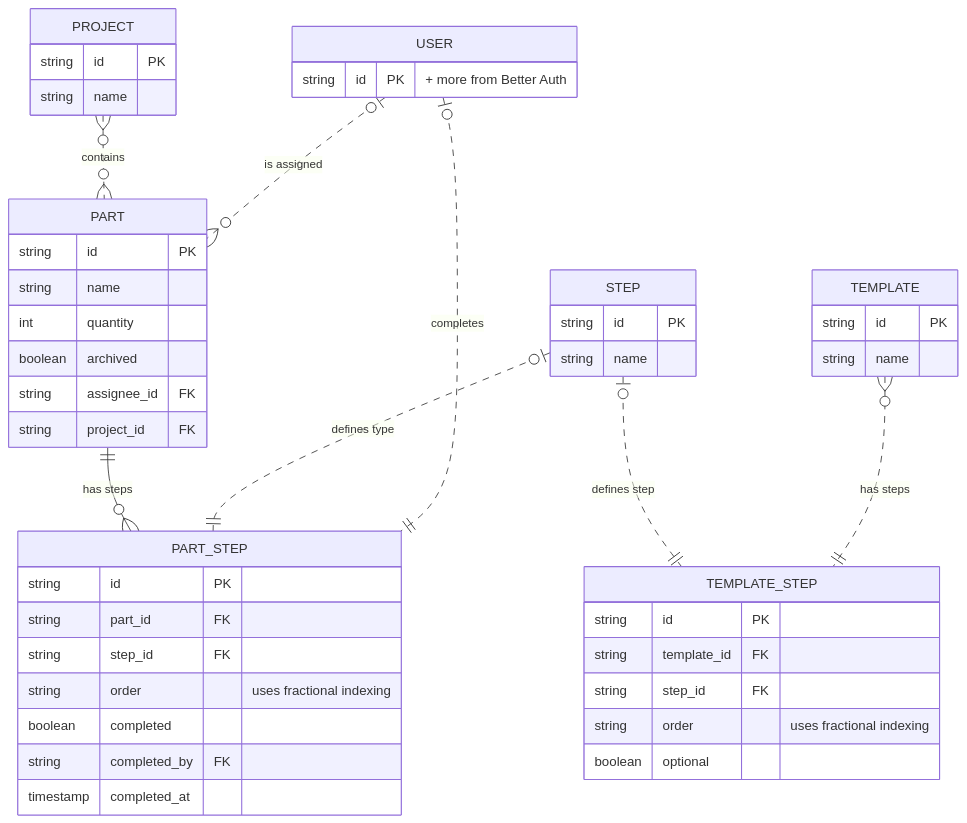
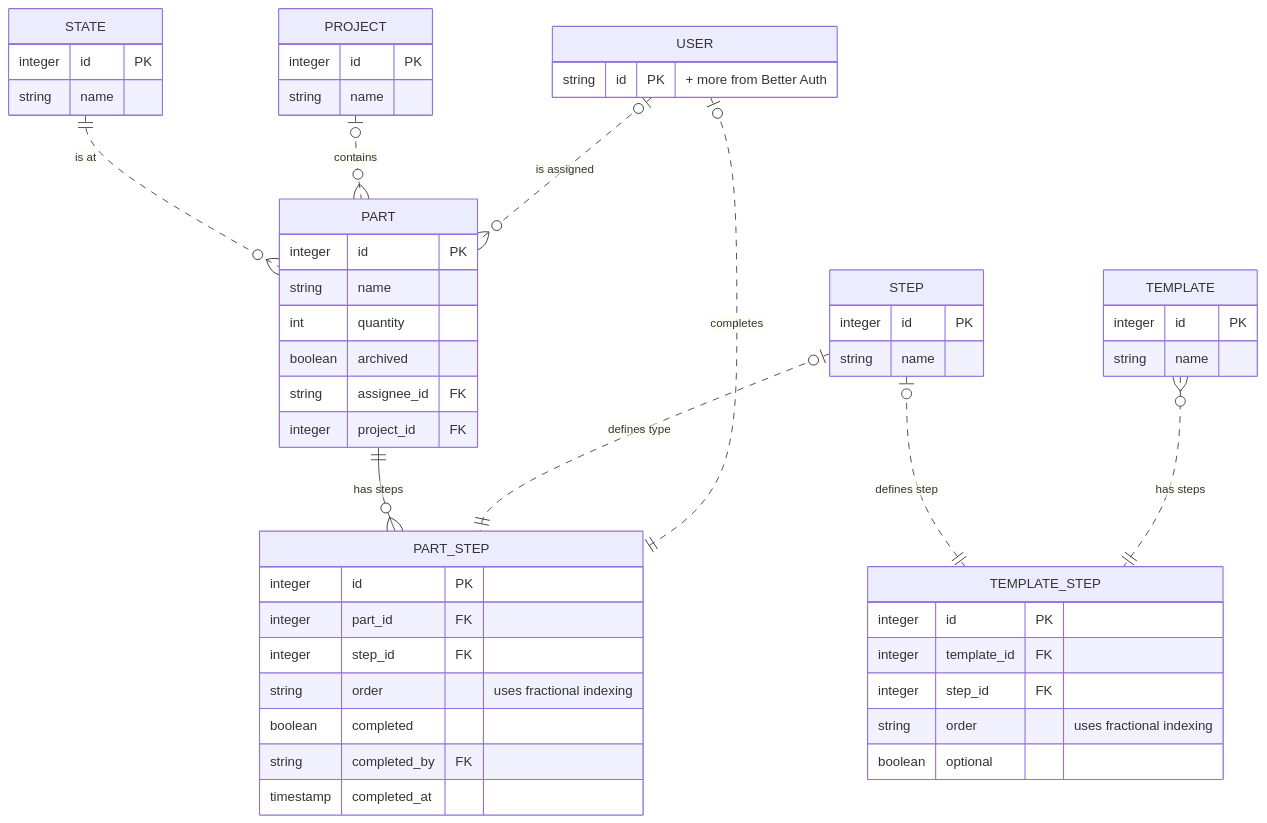
The second of 2 diagrams in docs/dev_plan.md (crummyh/manufacturing-hub), drawn with Mermaid before and after one commit. The commit also changed other lines of this file, not shown here.

````diff
--- a/docs/dev_plan.md
+++ b/docs/dev_plan.md
@@ -69,56 +69,62 @@
 ```mermaid
 erDiagram
   USER {
     string id PK "+ more from Better Auth"
   }
 
   PROJECT {
-    string id PK
+    integer id PK
     string name
   }
 
   PART {
-    string id PK
+    integer id PK
     string name
     int quantity
     boolean archived
     string assignee_id FK
-    string project_id FK
+    integer project_id FK
   }
 
   STEP {
-    string id PK
+    integer id PK
     string name
   }
 
   PART_STEP {
-    string id PK
-    string part_id FK
-    string step_id FK
+    integer id PK
+    integer part_id FK
+    integer step_id FK
     string order "uses fractional indexing"
     boolean completed
     string completed_by FK
     timestamp completed_at
   }
 
+  STATE {
+    integer id PK
+    string name
+  }
+
   TEMPLATE {
-    string id PK
+    integer id PK
     string name
   }
 
   TEMPLATE_STEP {
-    string id PK
-    string template_id FK
-    string step_id FK
+    integer id PK
+    integer template_id FK
+    integer step_id FK
     string order "uses fractional indexing"
     boolean optional
   }
 
   USER |o..o{ PART : "is assigned"
   USER |o..|| PART_STEP : "completes"
   STEP |o..|| PART_STEP : "defines type"
   PART ||--}o PART_STEP : "has steps"
-  PROJECT }o..o{ PART : contains
+  PROJECT |o..o{ PART : "contains"
+  STATE ||..o{ PART : "is at"
   TEMPLATE }o..|| TEMPLATE_STEP : "has steps"
   STEP |o..|| TEMPLATE_STEP : "defines step"
 ```
````
